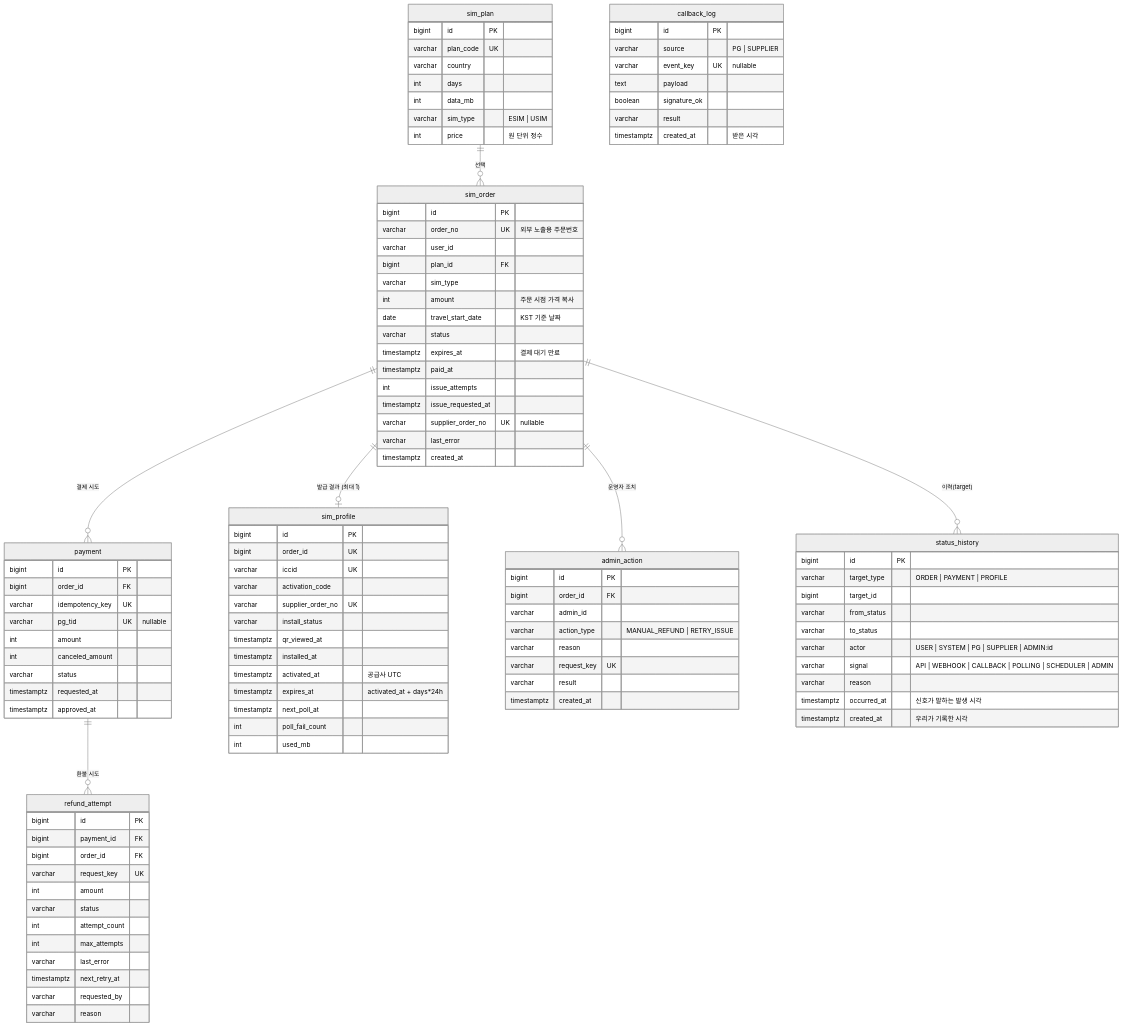
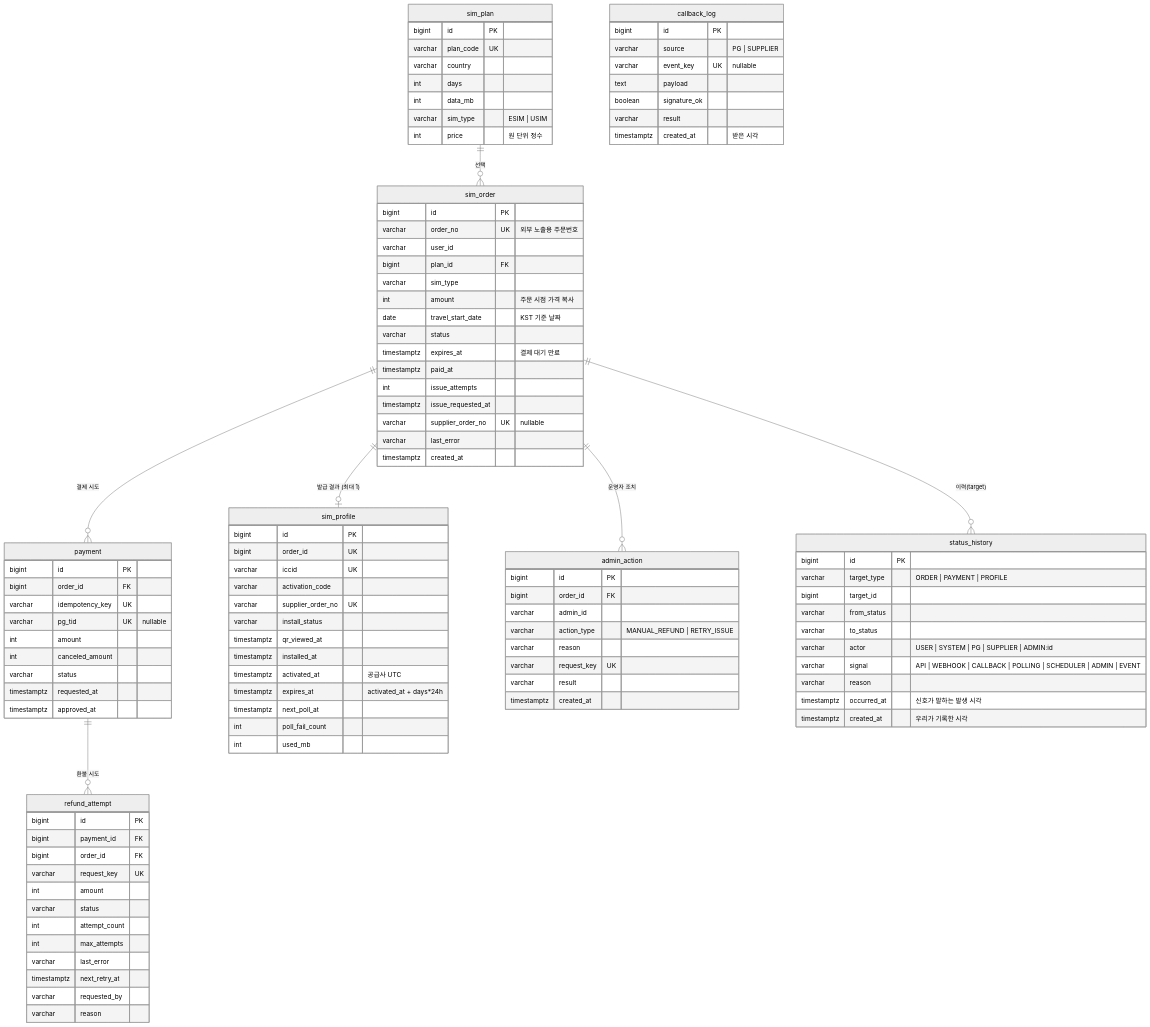
The diagram in docs/03_데이터모델.md (YeBook99/roam_pass), drawn with Mermaid (neutral theme) before and after one commit. The commit also changed 4 other files, not shown here.

```diff
--- a/docs/03_데이터모델.md
+++ b/docs/03_데이터모델.md
@@ -83,7 +83,7 @@
         varchar from_status
         varchar to_status
         varchar actor "USER | SYSTEM | PG | SUPPLIER | ADMIN:id"
-        varchar signal "API | WEBHOOK | CALLBACK | POLLING | SCHEDULER | ADMIN"
+        varchar signal "API | WEBHOOK | CALLBACK | POLLING | SCHEDULER | ADMIN | EVENT"
         varchar reason
         timestamptz occurred_at "신호가 말하는 발생 시각"
         timestamptz created_at "우리가 기록한 시각"
```
